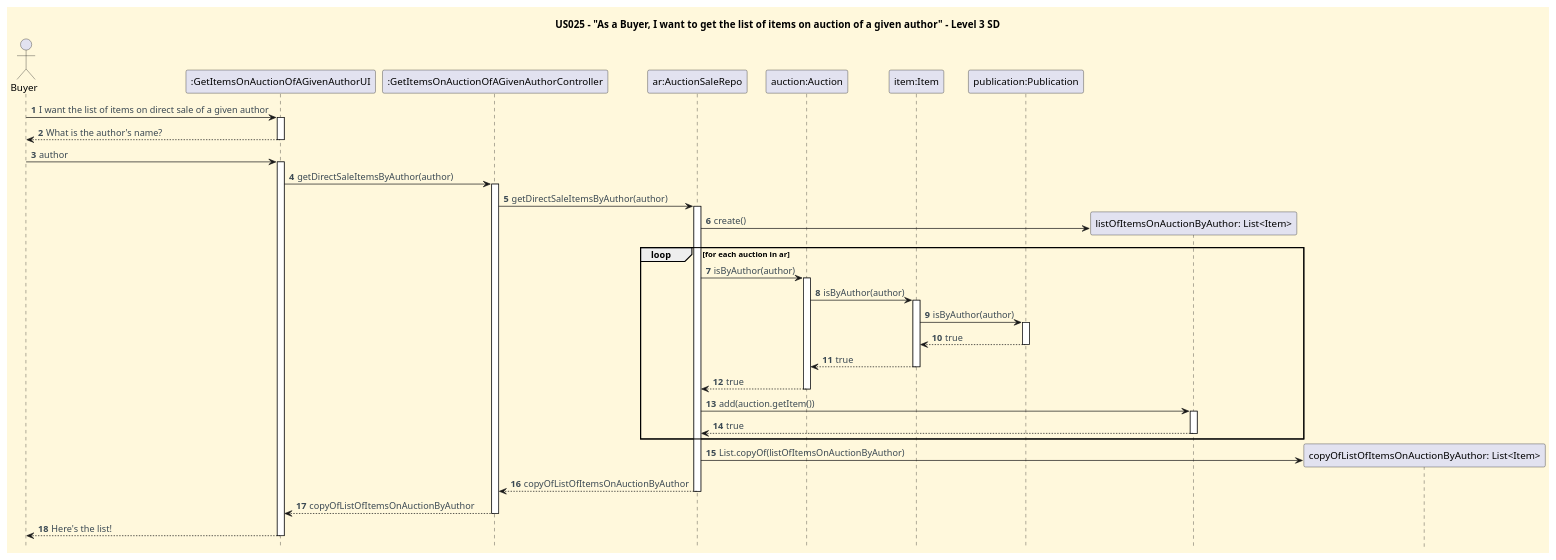
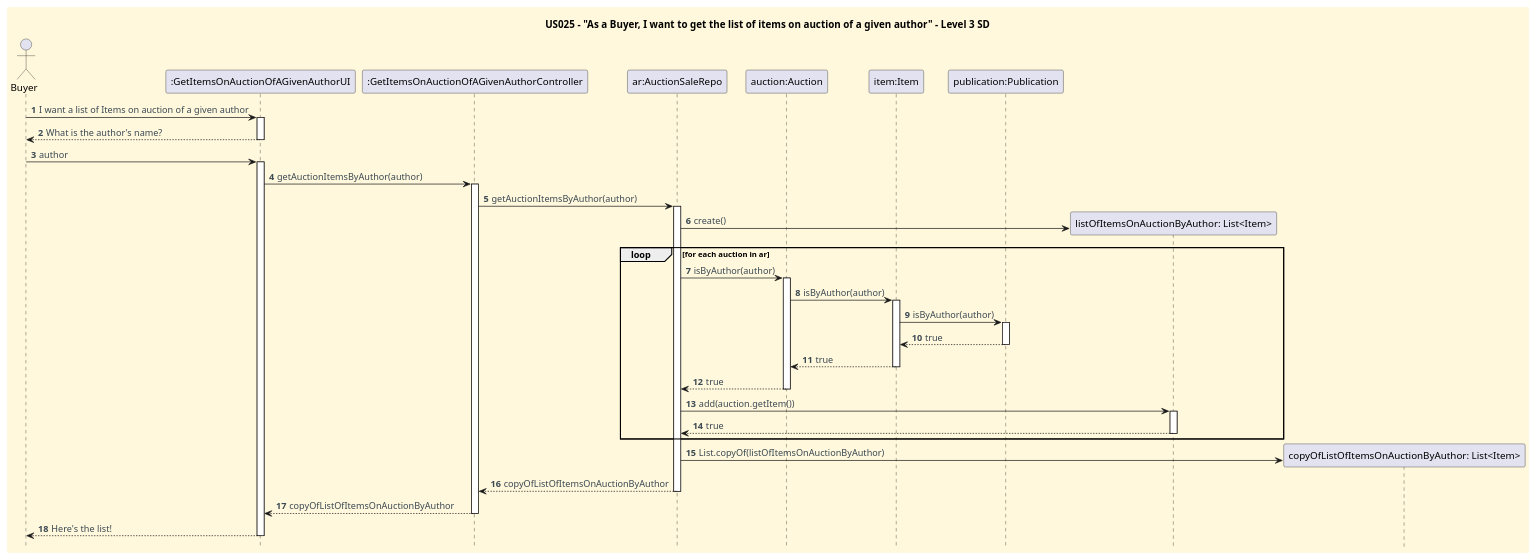
Before and after one commit to CarolinaLeite-collab/JavaMarketplacePlatform: the diagram in docs/userStories/US026/US026_get_list_of_items_on_auction_of_given_author_SD_2.puml, drawn with PlantUML. The commit also changed 3 other files, not shown here.

Commit message:
#93 - Updated SD and CD diagrams for US026 (corrected method names)

```diff
--- a/docs/userStories/US026/US026_get_list_of_items_on_auction_of_given_author_SD_2.puml
+++ b/docs/userStories/US026/US026_get_list_of_items_on_auction_of_given_author_SD_2.puml
@@ -1,78 +1,78 @@
 @startuml
 title US025 – "As a Buyer, I want to get the list of items on auction of a given author" - Level 3 SD
 hidefootbox
 
 '==== basic style ====
 skinparam monochrome false
 skinparam shadowing false
 skinparam defaultFontName Futura
 skinparam objectFontSize 20
 skinparam backgroundColor CornSilk
 skinparam objectBackgroundColor WhiteSmoke
 skinparam noteBackgroundColor #FFFFE0
 skinparam ArrowFontColor #3B4953
 skinparam ActivationBackgroundColor black
 
 autonumber
 autoactivate off
 
 ' --- Actor and participants ---
 actor Buyer
 participant ":GetItemsOnAuctionOfAGivenAuthorUI" as UI
 participant ":GetItemsOnAuctionOfAGivenAuthorController" as CTL
 participant "ar:AuctionSaleRepo" as DSR
 participant "auction:Auction" as DS
 participant "item:Item" as IT
 participant "publication:Publication" as PUB
 
 
 
 ' --- Dialog ---
-Buyer -> UI: I want the list of items on direct sale of a given author
+Buyer -> UI: I want a list of Items on auction of a given author
 activate UI
 UI --> Buyer: What is the author's name?
 deactivate UI
 Buyer -> UI: author
 activate UI
-UI -> CTL: getDirectSaleItemsByAuthor(author)
+UI -> CTL: getAuctionItemsByAuthor(author)
 activate CTL
-CTL -> DSR: getDirectSaleItemsByAuthor(author)
+CTL -> DSR: getAuctionItemsByAuthor(author)
 activate DSR
 
 create "listOfItemsOnAuctionByAuthor: List<Item>" as List
 DSR -> List: create()
 
 loop for each auction in ar
     DSR -> DS: isByAuthor(author)
     activate DS
     DS -> IT: isByAuthor(author)
     activate IT
     IT -> PUB: isByAuthor(author)
     activate PUB
     PUB --> IT: true
     deactivate PUB
     IT --> DS: true
     deactivate IT
     DS --> DSR: true
     deactivate DS
     DSR -> List: add(auction.getItem())
     activate List
     List --> DSR: true
     deactivate List
 end
 
 
 
 create "copyOfListOfItemsOnAuctionByAuthor: List<Item>" as Copy
 DSR -> Copy: List.copyOf(listOfItemsOnAuctionByAuthor)
 
 'participant "author:Author" as AUT
 
 DSR --> CTL: copyOfListOfItemsOnAuctionByAuthor
 deactivate DSR
 CTL --> UI: copyOfListOfItemsOnAuctionByAuthor
 deactivate CTL
 UI --> Buyer: Here's the list!
 deactivate UI
 
 @enduml
```
